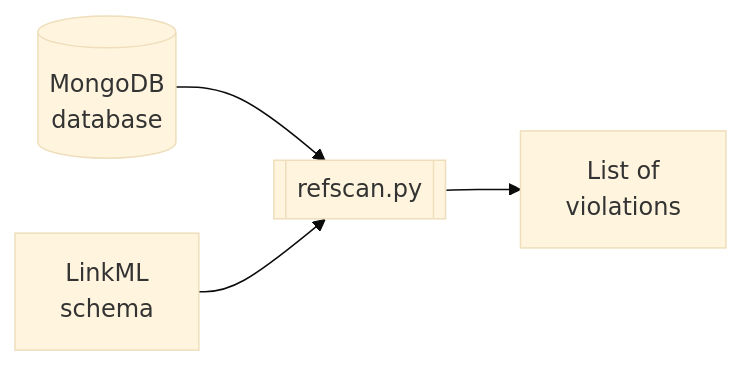
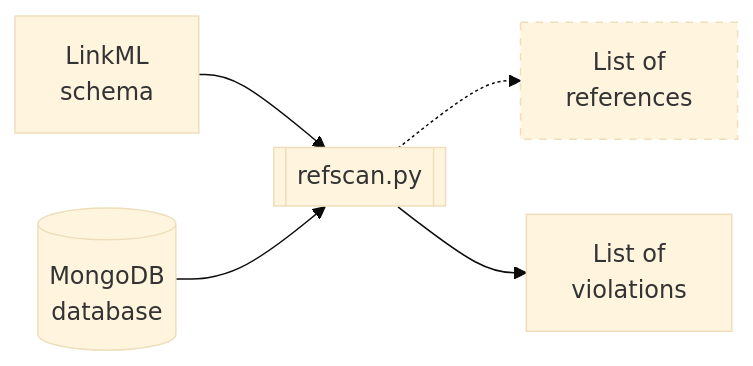
One commit to eecavanna/refscan changed the diagram in README.md. Above: the diagram before and after it, drawn with Mermaid (base theme).

Commit message:
Include "List of references" in Mermaid diagram

````diff
--- a/README.md
+++ b/README.md
@@ -6,13 +6,17 @@
 ```mermaid
 %% This is the source code of a Mermaid diagram, which GitHub will render as a diagram.
 %% Note: PyPI does not render Mermaid diagrams, and instead displays their source code.
 %%       Reference: https://github.com/pypi/warehouse/issues/13083
 graph LR
+    schema[LinkML<br>schema]
     database[(MongoDB<br>database)]
-    schema[LinkML<br>schema]
     script[["refscan.py"]]
     violations["List of<br>violations"]
+    references["List of<br>references"]:::dashed_border
+    schema --> script
     database --> script
-    schema --> script
+    script -.-> references
     script --> violations
+    
+    classDef dashed_border stroke-dasharray: 5 5
 ```
````
